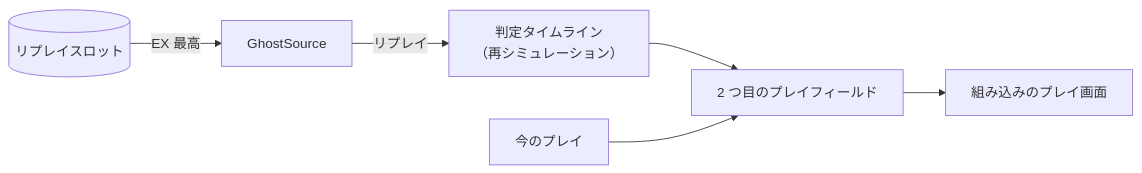
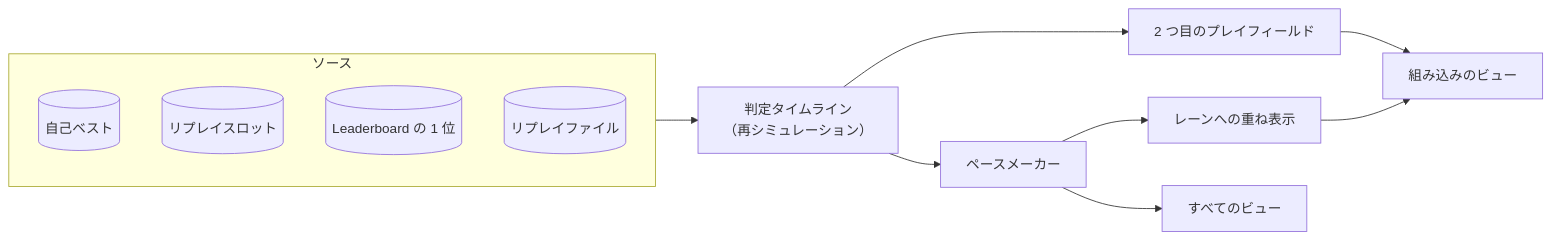
The second of 5 diagrams in docs/replay.ja.md (nulltask/be-music), drawn with Mermaid before and after one commit. The commit also changed other lines of this file and 5 other files, not shown here.

Commit message:
docs: describe the ghost patterns and sources [ci skip]

````diff
--- a/docs/replay.ja.md
+++ b/docs/replay.ja.md
@@ -242,8 +242,16 @@
 ```mermaid
 flowchart LR
-  slots[(リプレイスロット)] -->|"EX 最高"| source[GhostSource]
-  source -->|リプレイ| timeline["判定タイムライン<br/>（再シミュレーション）"]
+  subgraph sources[ソース]
+    best[(自己ベスト)]
+    slot[(リプレイスロット)]
+    top[(Leaderboard の 1 位)]
+    file[(リプレイファイル)]
+  end
+  sources --> timeline["判定タイムライン<br/>（再シミュレーション）"]
   timeline --> field[2 つ目のプレイフィールド]
-  live[今のプレイ] --> field
-  field --> view[組み込みのプレイ画面]
+  timeline --> pace[ペースメーカー]
+  pace --> overlay[レーンへの重ね表示]
+  field --> builtin[組み込みのビュー]
+  overlay --> builtin
+  pace --> skins[すべてのビュー]
 ```
````
